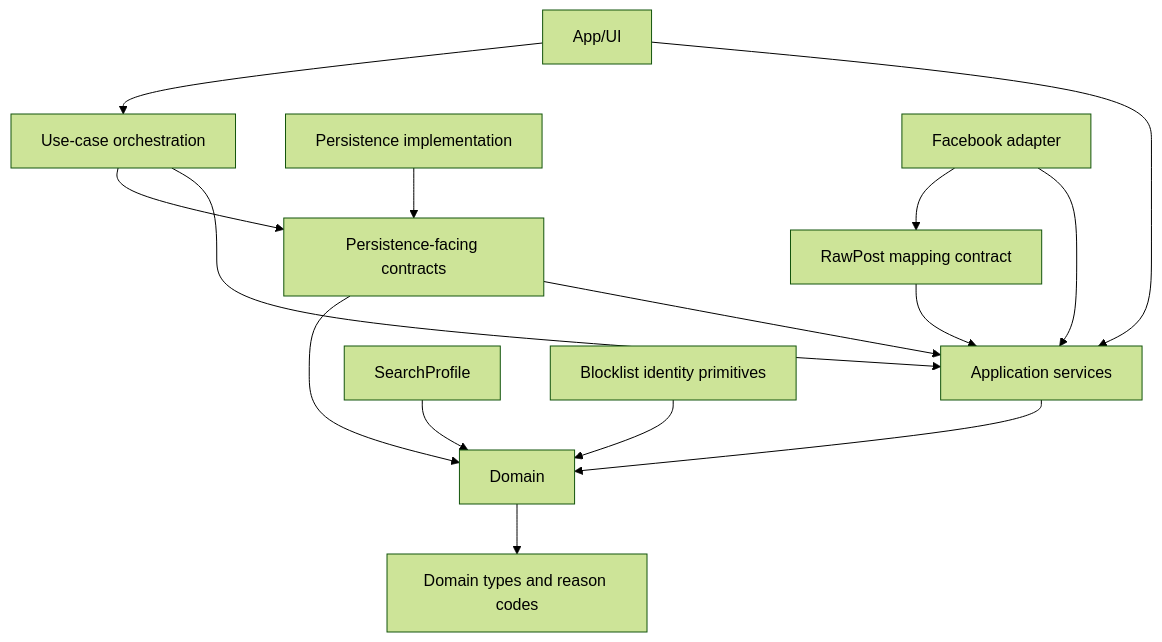
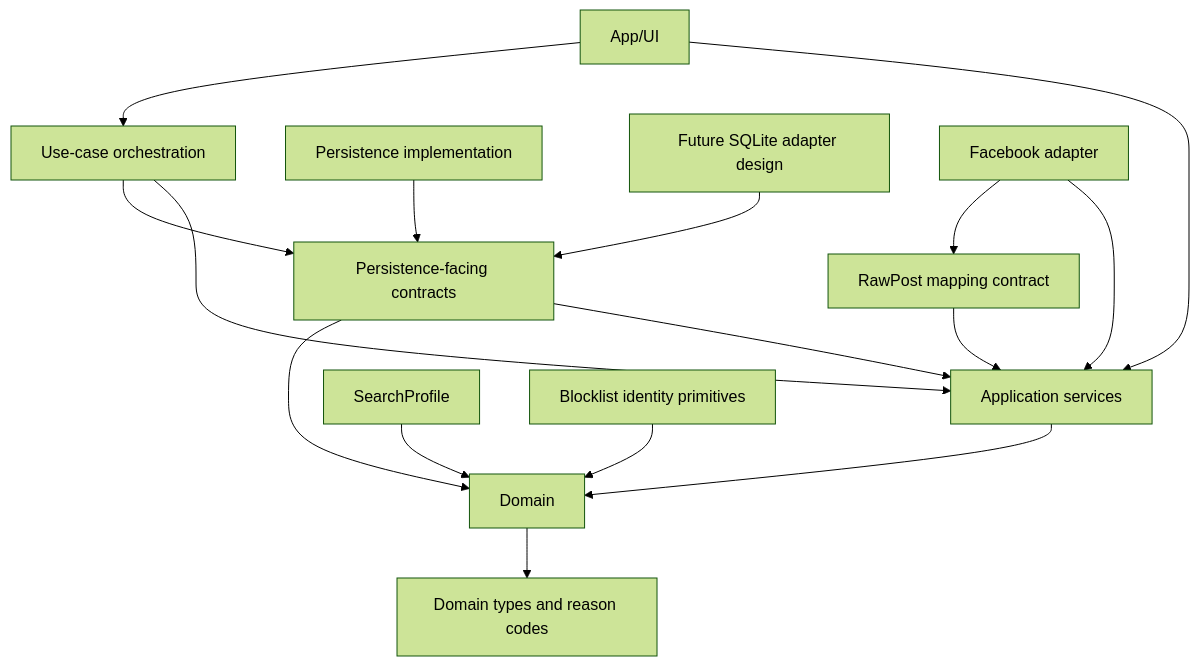
Before and after one commit to soleda2026/ScanFB: the diagram in docs/CODE_GRAPH.md, drawn with Mermaid (forest theme). The commit also changed other lines of this file and 5 other files, not shown here.

Commit message:
docs(persistence): design SQLite snapshot schema

````diff
--- a/docs/CODE_GRAPH.md
+++ b/docs/CODE_GRAPH.md
@@ -7,17 +7,18 @@
 ```mermaid
 flowchart TD
     UI["App/UI"] --> APP["Application services"]
     UI --> ORCH["Use-case orchestration"]
     ORCH --> APP
     ORCH --> PERSIST_CONTRACT
     APP --> DOMAIN["Domain"]
     PERSIST_CONTRACT["Persistence-facing contracts"] --> APP
     PERSIST_CONTRACT --> DOMAIN
     PERSIST_IMPL["Persistence implementation"] --> PERSIST_CONTRACT
+    SQLITE["Future SQLite adapter design"] --> PERSIST_CONTRACT
     FB["Facebook adapter"] --> APP
     FB --> RAW["RawPost mapping contract"]
     RAW --> APP
     PROFILE["SearchProfile"] --> DOMAIN
     DOMAIN --> TYPES["Domain types and reason codes"]
     BLOCKLIST["Blocklist identity primitives"] --> DOMAIN
 ```
````
